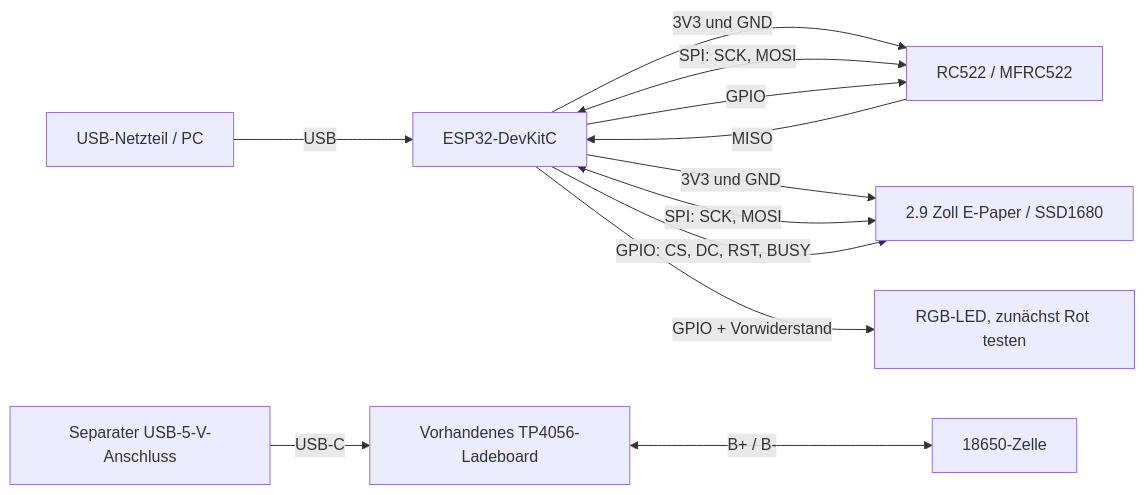
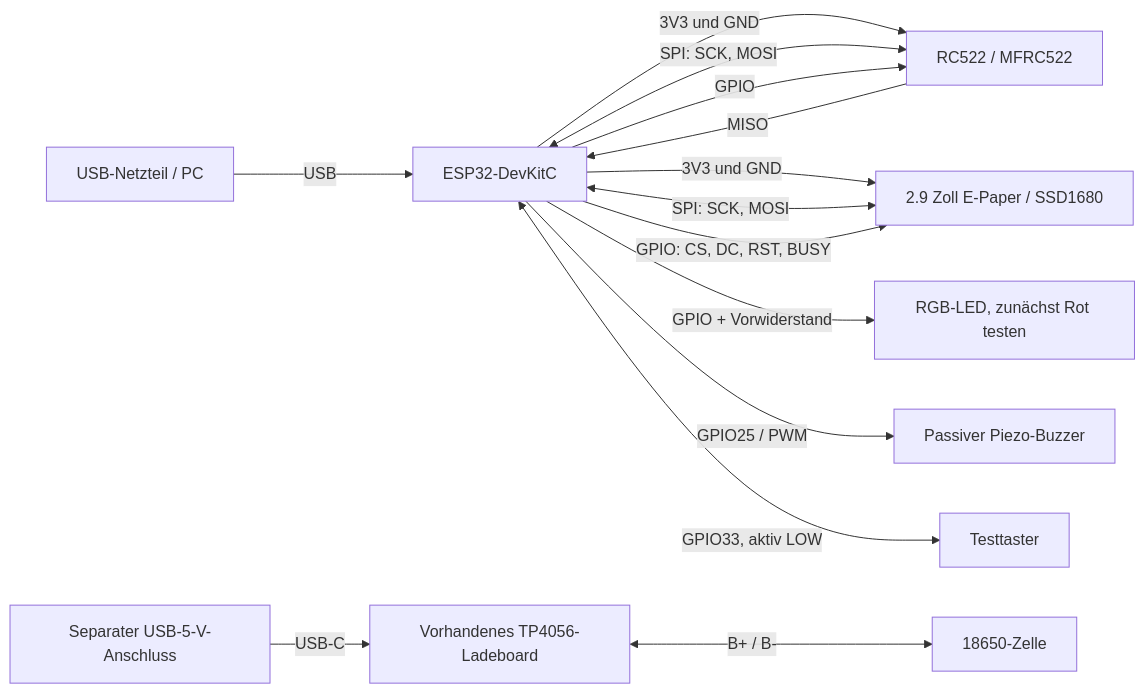
The diagram in hardware/wiring/ERSTAUFBAU.md (MaMaKow/dienstplan-terminal-esp32), drawn with Mermaid before and after one commit. The commit also changed other lines of this file and 3 other files, not shown here.

First line of the commit message:
Document NFC test whitelist, buzzer, and test button prototype

````diff
--- a/hardware/wiring/ERSTAUFBAU.md
+++ b/hardware/wiring/ERSTAUFBAU.md
@@ -8,14 +8,16 @@
 ```mermaid
 flowchart LR
   USB[USB-Netzteil / PC] -->|USB| ESP[ESP32-DevKitC]
   ESP -->|3V3 und GND| NFC[RC522 / MFRC522]
   ESP -->|3V3 und GND| EPD[2.9 Zoll E-Paper / SSD1680]
   ESP <-->|SPI: SCK, MOSI| NFC
   ESP <-->|SPI: SCK, MOSI| EPD
   NFC -->|MISO| ESP
   ESP -->|GPIO| NFC
   ESP -->|GPIO: CS, DC, RST, BUSY| EPD
   ESP -->|GPIO + Vorwiderstand| LED[RGB-LED, zunächst Rot testen]
+  ESP -->|GPIO25 / PWM| BUZZER[Passiver Piezo-Buzzer]
+  ESP <-->|GPIO33, aktiv LOW| BUTTON[Testtaster]
   USB2[Separater USB-5-V-Anschluss] -->|USB-C| CHG[Vorhandenes TP4056-Ladeboard]
   CHG <-->|B+ / B-| CELL[18650-Zelle]
 ```
````
